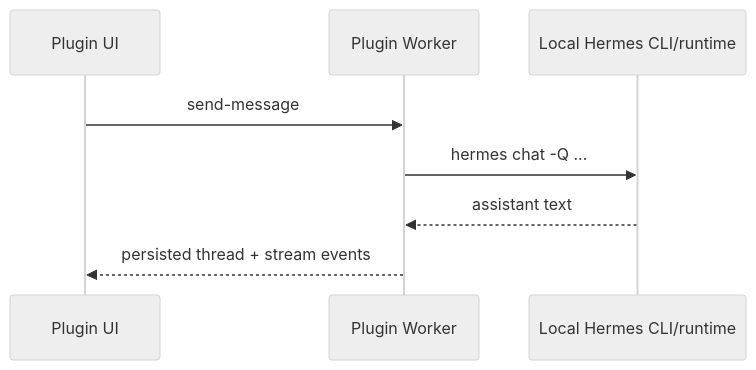
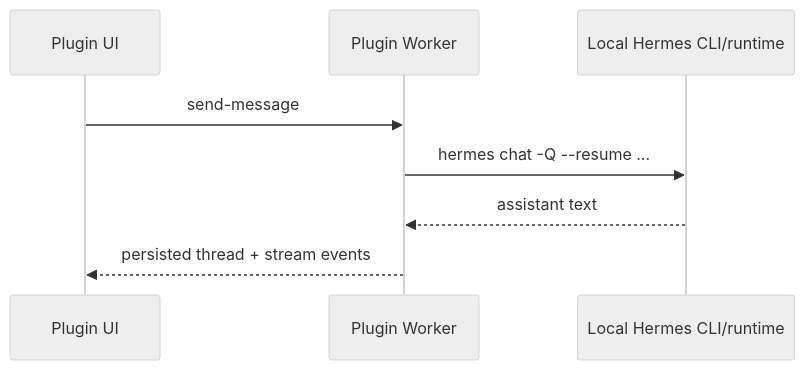
Before and after one commit to Ola-Turmo/paperclip-master-chat-plugin: the first of 2 diagrams in docs/integration.md, drawn with Mermaid (neutral theme). The commit also changed other lines of this file and 22 other files, not shown here.

````diff
--- a/docs/integration.md
+++ b/docs/integration.md
@@ -135,11 +159,11 @@
 ```mermaid
 sequenceDiagram
   participant UI as Plugin UI
   participant W as Plugin Worker
   participant C as Local Hermes CLI/runtime
 
   UI->>W: send-message
-  W->>C: hermes chat -Q ...
+  W->>C: hermes chat -Q --resume ...
   C-->>W: assistant text
   W-->>UI: persisted thread + stream events
 ```
````
